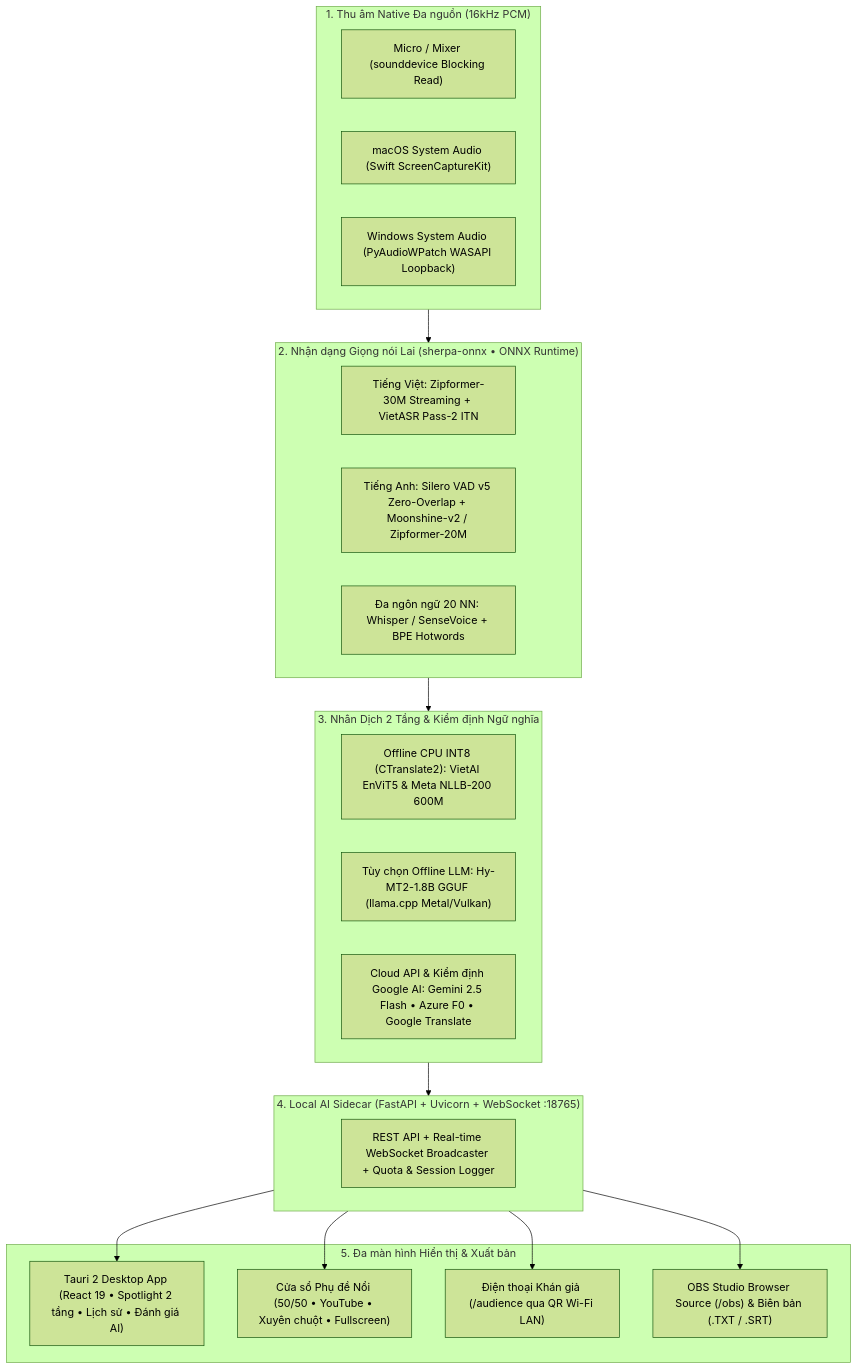
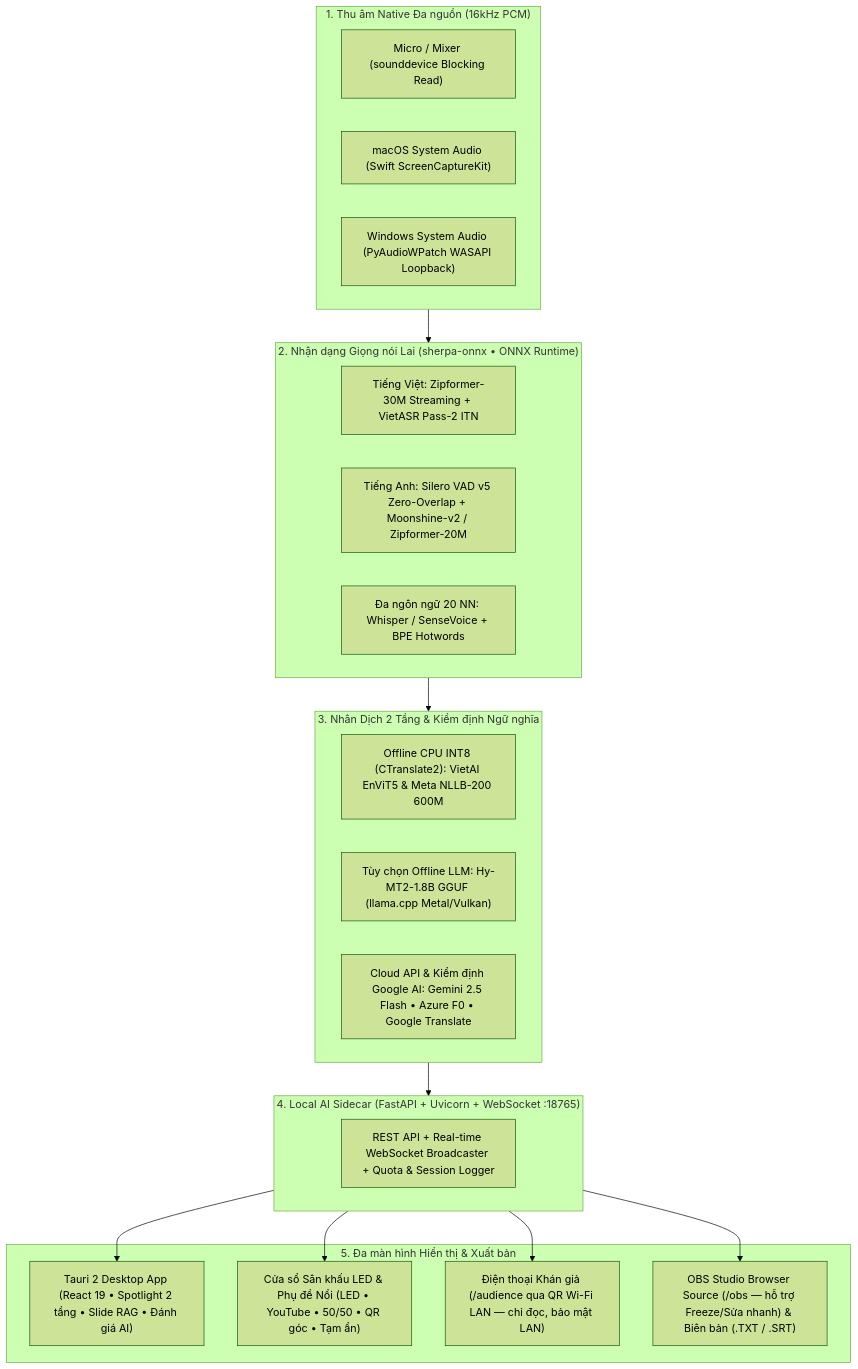
The diagram in README.md (niitbeo/PolyVoice-Pro), drawn with Mermaid (forest theme) before and after one commit. The commit also changed other lines of this file and 1 other file, not shown here.

````diff
--- a/README.md
+++ b/README.md
@@ -105,37 +107,37 @@
 ```mermaid
 flowchart TB
     subgraph Audio["1. Thu âm Native Đa nguồn (16kHz PCM)"]
         A1["Micro / Mixer (sounddevice Blocking Read)"]
         A2["macOS System Audio (Swift ScreenCaptureKit)"]
         A3["Windows System Audio (PyAudioWPatch WASAPI Loopback)"]
     end
 
     subgraph ASR["2. Nhận dạng Giọng nói Lai (sherpa-onnx • ONNX Runtime)"]
         B1["Tiếng Việt: Zipformer-30M Streaming + VietASR Pass-2 ITN"]
         B2["Tiếng Anh: Silero VAD v5 Zero-Overlap + Moonshine-v2 / Zipformer-20M"]
         B3["Đa ngôn ngữ 20 NN: Whisper / SenseVoice + BPE Hotwords"]
     end
 
     subgraph MT["3. Nhân Dịch 2 Tầng & Kiểm định Ngữ nghĩa"]
         C1["Offline CPU INT8 (CTranslate2): VietAI EnViT5 & Meta NLLB-200 600M"]
         C2["Tùy chọn Offline LLM: Hy-MT2-1.8B GGUF (llama.cpp Metal/Vulkan)"]
         C3["Cloud API & Kiểm định Google AI: Gemini 2.5 Flash • Azure F0 • Google Translate"]
     end
 
     subgraph Hub["4. Local AI Sidecar (FastAPI + Uvicorn + WebSocket :18765)"]
         D1["REST API + Real-time WebSocket Broadcaster + Quota & Session Logger"]
     end
 
     subgraph Clients["5. Đa màn hình Hiển thị & Xuất bản"]
-        E1["Tauri 2 Desktop App (React 19 • Spotlight 2 tầng • Lịch sử • Đánh giá AI)"]
-        E2["Cửa sổ Phụ đề Nổi (50/50 • YouTube • Xuyên chuột • Fullscreen)"]
-        E3["Điện thoại Khán giả (/audience qua QR Wi-Fi LAN)"]
-        E4["OBS Studio Browser Source (/obs) & Biên bản (.TXT / .SRT)"]
+        E1["Tauri 2 Desktop App (React 19 • Spotlight 2 tầng • Slide RAG • Đánh giá AI)"]
+        E2["Cửa sổ Sân khấu LED & Phụ đề Nổi (LED • YouTube • 50/50 • QR góc • Tạm ẩn)"]
+        E3["Điện thoại Khán giả (/audience qua QR Wi-Fi LAN — chỉ đọc, bảo mật LAN)"]
+        E4["OBS Studio Browser Source (/obs — hỗ trợ Freeze/Sửa nhanh) & Biên bản (.TXT / .SRT)"]
     end
 
     Audio --> ASR --> MT --> Hub
     Hub --> E1
     Hub --> E2
     Hub --> E3
     Hub --> E4
 ```
````
